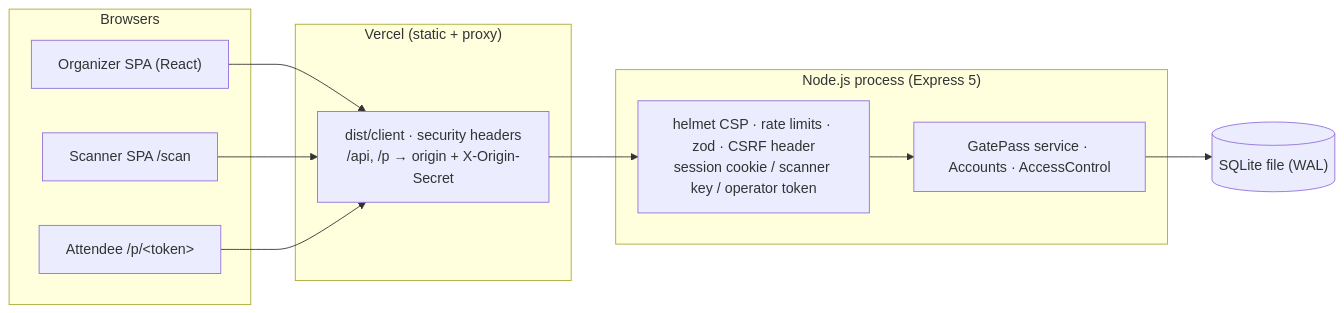
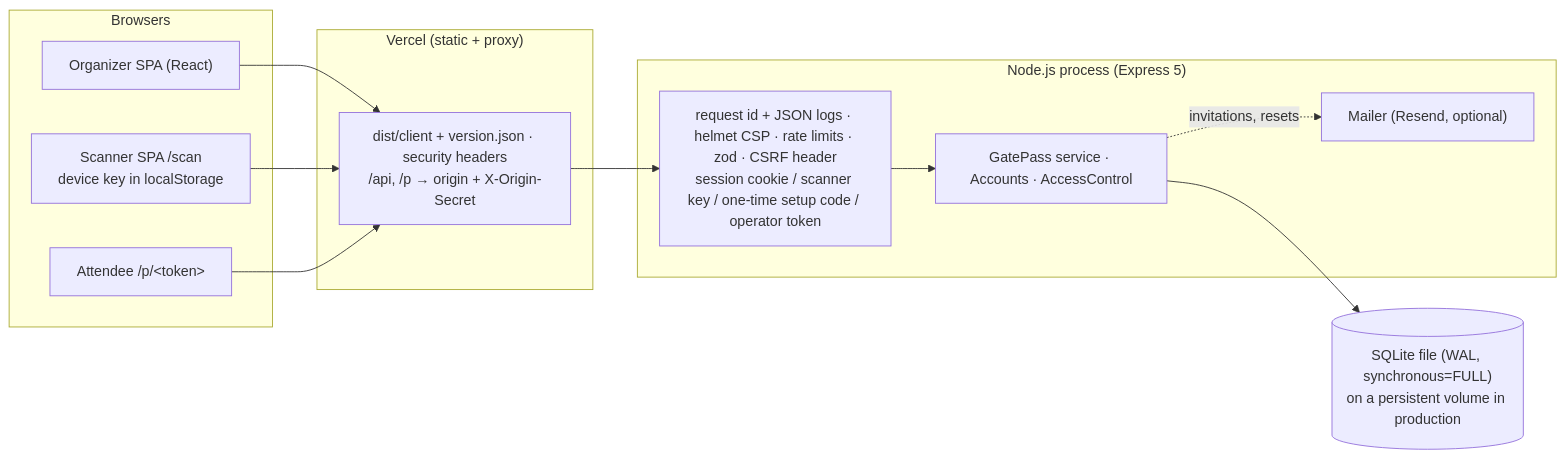
The second of 2 diagrams in README.md (tanmay-alpha/GatePass), drawn with Mermaid before and after one commit. The commit also changed other lines of this file and 69 other files, not shown here.

````diff
--- a/README.md
+++ b/README.md
@@ -69,20 +69,22 @@
 ```mermaid
 flowchart LR
   subgraph Browsers
     Admin["Organizer SPA (React)"]
-    Scanner["Scanner SPA /scan"]
+    Scanner["Scanner SPA /scan<br/>device key in localStorage"]
     Phone["Attendee /p/&lt;token&gt;"]
   end
   subgraph Vercel["Vercel (static + proxy)"]
-    Edge["dist/client · security headers<br/>/api, /p → origin + X-Origin-Secret"]
+    Edge["dist/client + version.json · security headers<br/>/api, /p → origin + X-Origin-Secret"]
   end
   subgraph Server["Node.js process (Express 5)"]
-    MW["helmet CSP · rate limits · zod · CSRF header<br/>session cookie / scanner key / operator token"]
+    MW["request id + JSON logs · helmet CSP · rate limits · zod · CSRF header<br/>session cookie / scanner key / one-time setup code / operator token"]
     Svc["GatePass service · Accounts · AccessControl"]
+    Mail["Mailer (Resend, optional)"]
   end
-  DB[("SQLite file (WAL)")]
+  DB[("SQLite file (WAL, synchronous=FULL)<br/>on a persistent volume in production")]
   Admin --> Edge
   Scanner --> Edge
   Phone --> Edge
   Edge --> MW --> Svc --> DB
+  Svc -. invitations, resets .-> Mail
 ```
````
